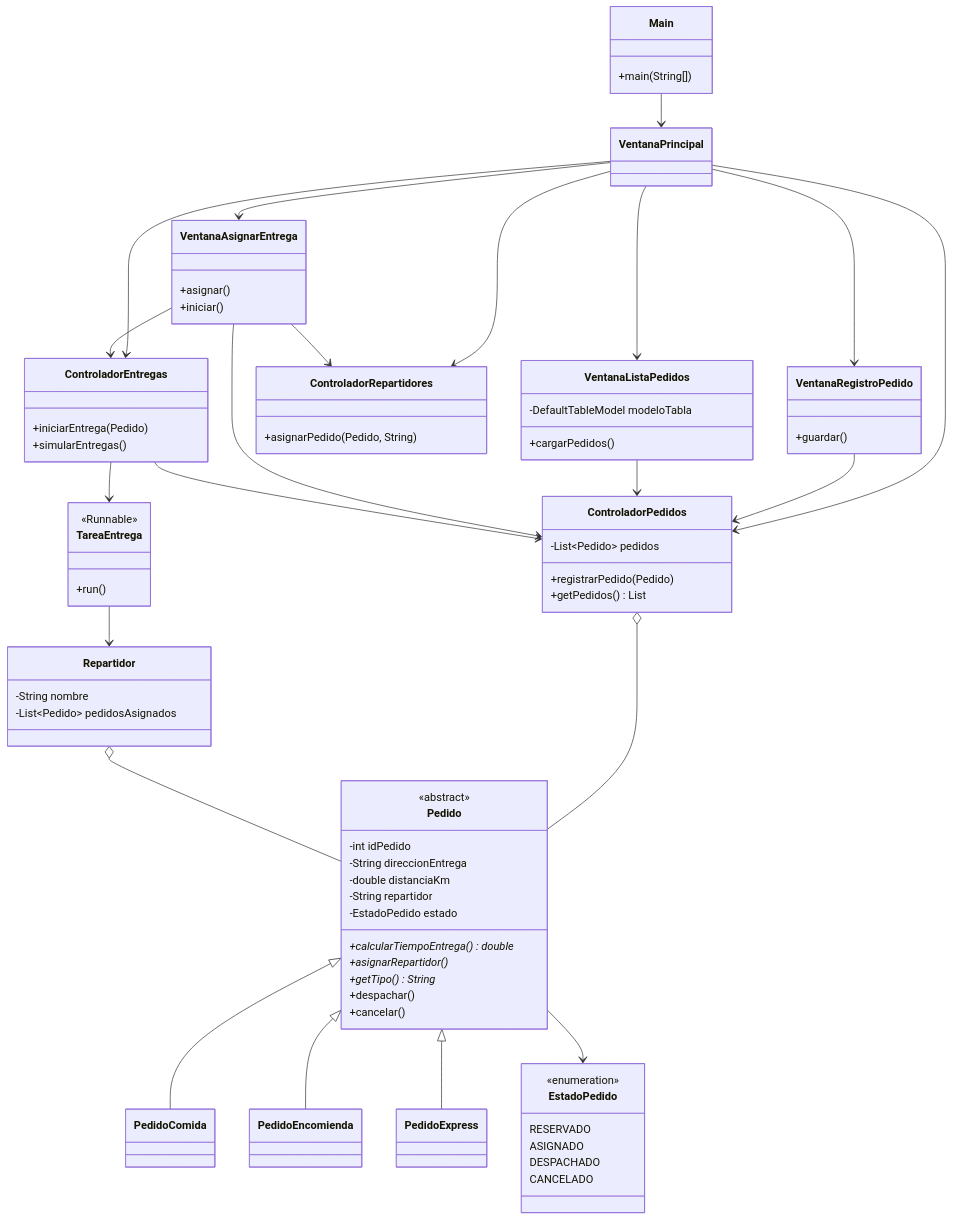
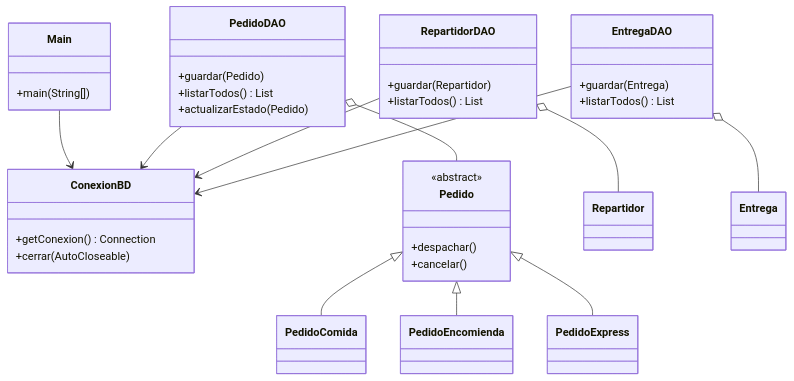
The diagram in README.md (Be-ri-lo/SpeedFast-Poliformismo), drawn with Mermaid before and after one commit. The commit also changed other lines of this file and 31 other files, not shown here.

````diff
--- a/README.md
+++ b/README.md
@@ -85,85 +95,39 @@
     class Main {
         +main(String[])
     }
-
-    class VentanaPrincipal
-    class VentanaRegistroPedido {
-        +guardar()
+    class ConexionBD {
+        +getConexion() Connection
+        +cerrar(AutoCloseable)
     }
-    class VentanaListaPedidos {
-        -DefaultTableModel modeloTabla
-        +cargarPedidos()
+    class PedidoDAO {
+        +guardar(Pedido)
+        +listarTodos() List
+        +actualizarEstado(Pedido)
     }
-    class VentanaAsignarEntrega {
-        +asignar()
-        +iniciar()
+    class RepartidorDAO {
+        +guardar(Repartidor)
+        +listarTodos() List
     }
-
-    class ControladorPedidos {
-        -List~Pedido~ pedidos
-        +registrarPedido(Pedido)
-        +getPedidos() List
+    class EntregaDAO {
+        +guardar(Entrega)
+        +listarTodos() List
     }
-    class ControladorRepartidores {
-        +asignarPedido(Pedido, String)
-    }
-    class ControladorEntregas {
-        +iniciarEntrega(Pedido)
-        +simularEntregas()
-    }
-
     class Pedido {
         <<abstract>>
-        -int idPedido
-        -String direccionEntrega
-        -double distanciaKm
-        -String repartidor
-        -EstadoPedido estado
-        +calcularTiempoEntrega()* double
-        +asignarRepartidor()*
-        +getTipo()* String
         +despachar()
         +cancelar()
     }
+    class Repartidor
+    class Entrega
 
-    class PedidoComida
-    class PedidoEncomienda
-    class PedidoExpress
-    class Repartidor {
-        -String nombre
-        -List~Pedido~ pedidosAsignados
-    }
-    class TareaEntrega {
-        <<Runnable>>
-        +run()
-    }
-    class EstadoPedido {
-        <<enumeration>>
-        RESERVADO
-        ASIGNADO
-        DESPACHADO
-        CANCELADO
-    }
-
-    Main --> VentanaPrincipal
-    VentanaPrincipal --> ControladorPedidos
-    VentanaPrincipal --> ControladorRepartidores
-    VentanaPrincipal --> ControladorEntregas
-    VentanaPrincipal --> VentanaRegistroPedido
-    VentanaPrincipal --> VentanaListaPedidos
-    VentanaPrincipal --> VentanaAsignarEntrega
-    VentanaRegistroPedido --> ControladorPedidos
-    VentanaListaPedidos --> ControladorPedidos
-    VentanaAsignarEntrega --> ControladorPedidos
-    VentanaAsignarEntrega --> ControladorRepartidores
-    VentanaAsignarEntrega --> ControladorEntregas
-    ControladorPedidos o-- Pedido
-    ControladorEntregas --> ControladorPedidos
-    ControladorEntregas --> TareaEntrega
-    TareaEntrega --> Repartidor
+    Main --> ConexionBD
+    PedidoDAO --> ConexionBD
+    RepartidorDAO --> ConexionBD
+    EntregaDAO --> ConexionBD
+    PedidoDAO o-- Pedido
+    RepartidorDAO o-- Repartidor
+    EntregaDAO o-- Entrega
     Pedido <|-- PedidoComida
     Pedido <|-- PedidoEncomienda
     Pedido <|-- PedidoExpress
-    Pedido --> EstadoPedido
-    Repartidor o-- Pedido
 ```
````
